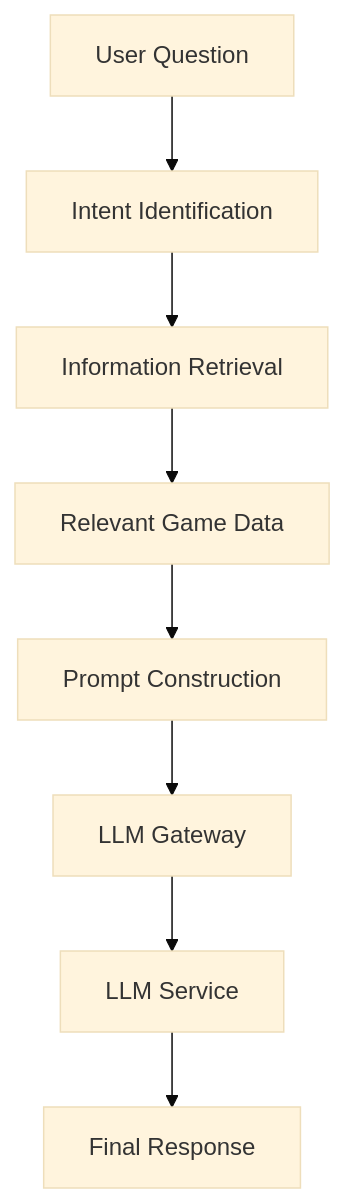
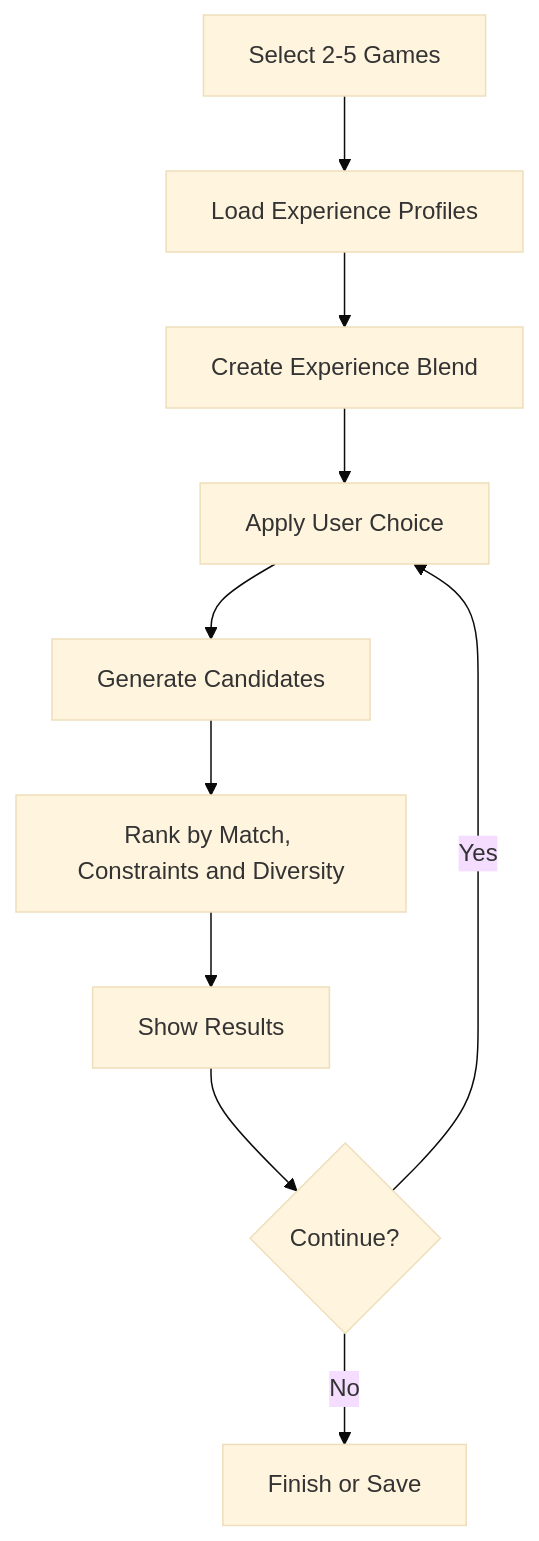
One commit to Rachit47/Arcademia-AI changed the fifth of 9 diagrams in docs/ArcademiaAI_Software_Design_Document.md. Above: the diagram before and after it, drawn with Mermaid (base theme). The commit also changed other lines of this file, not shown here.

````diff
--- a/docs/ArcademiaAI_Software_Design_Document.md
+++ b/docs/ArcademiaAI_Software_Design_Document.md
@@ -1546,34 +703,16 @@
 ```mermaid
 flowchart TD
+    Select[Select 2-5 Games]
+    Profiles[Load Experience Profiles]
+    Blend[Create Experience Blend]
+    Transform[Apply User Choice]
+    Candidates[Generate Candidates]
+    Rank[Rank by Match, Constraints and Diversity]
+    Results[Show Results]
+    Continue{Continue?}
 
-Question[User Question]
-
-Intent[Intent Identification]
-
-Retrieval[Information Retrieval]
-
-Context[Relevant Game Data]
-
-Prompt[Prompt Construction]
-
-LLMGateway[LLM Gateway]
-
-LLM[LLM Service]
-
-Answer[Final Response]
-
-
-Question --> Intent
-
-Intent --> Retrieval
-
-Retrieval --> Context
-
-Context --> Prompt
-
-Prompt --> LLMGateway
-
-LLMGateway --> LLM
-
-LLM --> Answer
+    Select --> Profiles --> Blend --> Transform --> Candidates --> Rank --> Results
+    Results --> Continue
+    Continue -->|Yes| Transform
+    Continue -->|No| End[Finish or Save]
 ```
````
